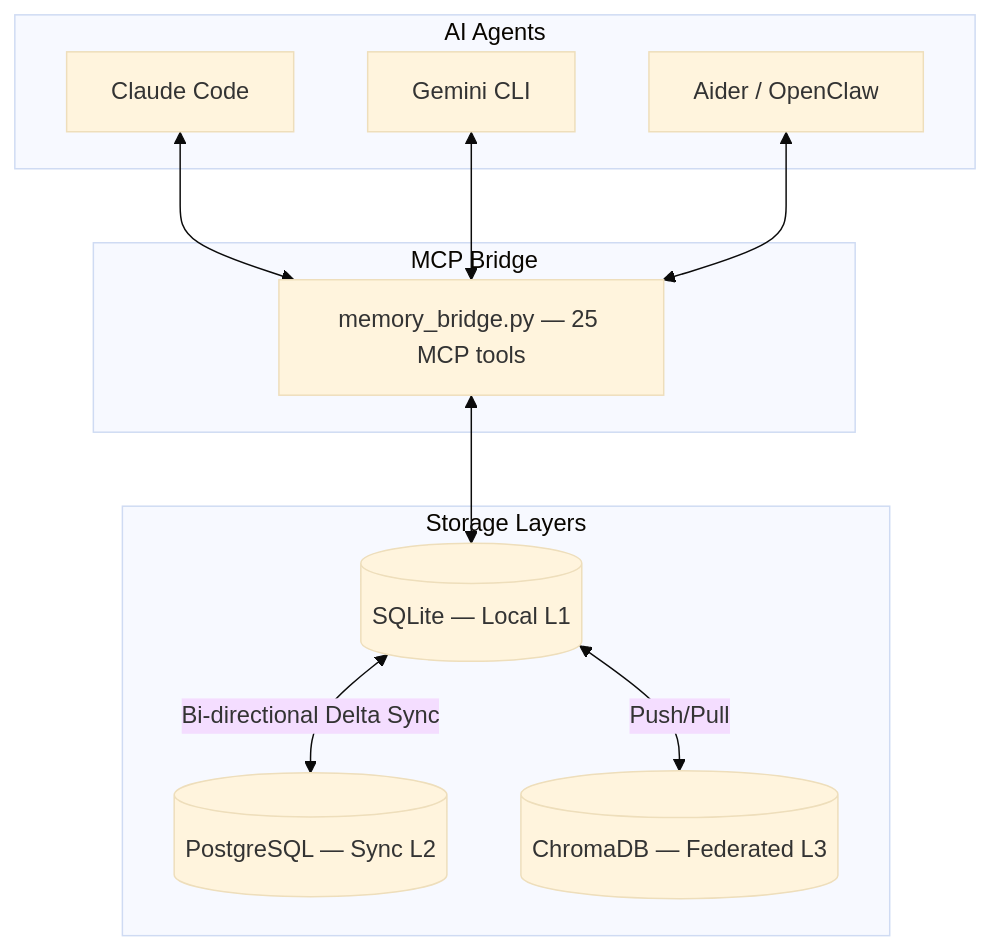
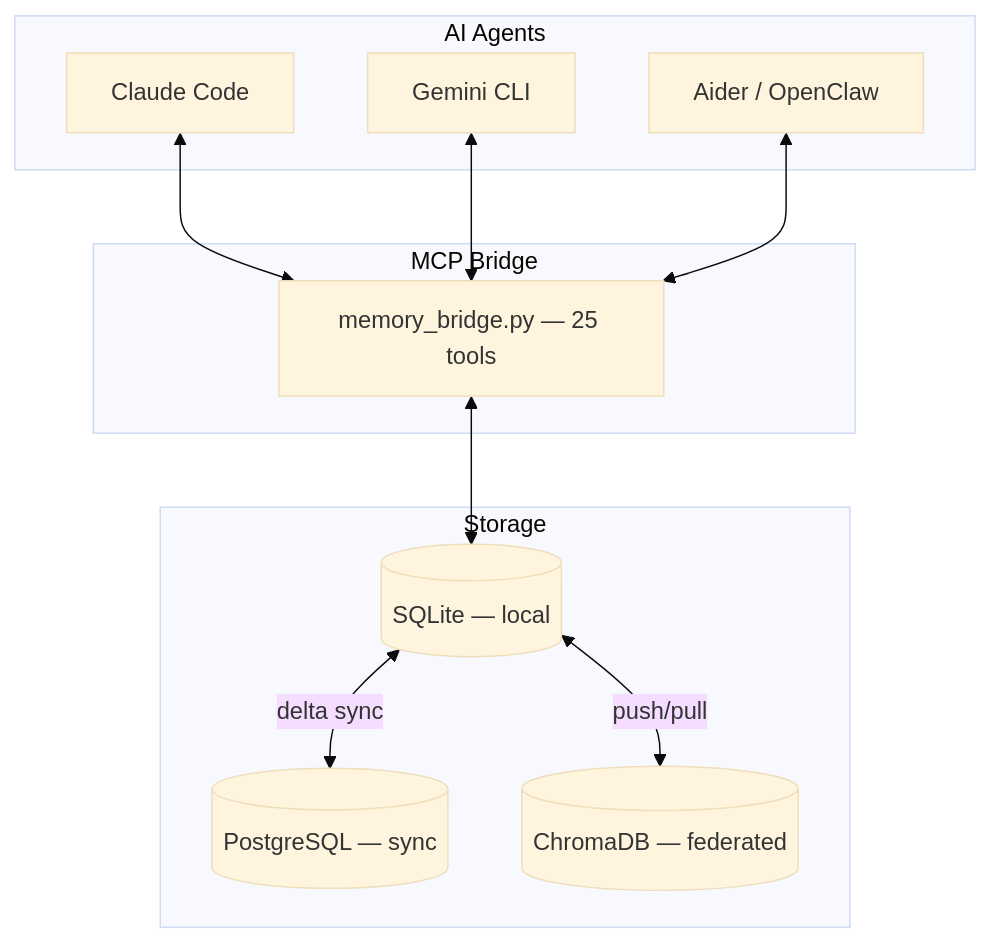
One commit to skynetcmd/m3-memory changed the first of 2 diagrams in README.md. Above: the diagram before and after it, drawn with Mermaid (base theme). The commit also changed other lines of this file and 20 other files, not shown here.

````diff
--- a/README.md
+++ b/README.md
@@ -233,23 +217,23 @@
 ```mermaid
 graph TD
     subgraph "AI Agents"
         C[Claude Code]
         G[Gemini CLI]
         A[Aider / OpenClaw]
     end
 
     subgraph "MCP Bridge"
-        MB[memory_bridge.py — 25 MCP tools]
+        MB[memory_bridge.py — 25 tools]
     end
 
-    subgraph "Storage Layers"
-        SQ[(SQLite — Local L1)]
-        PG[(PostgreSQL — Sync L2)]
-        CH[(ChromaDB — Federated L3)]
+    subgraph "Storage"
+        SQ[(SQLite — local)]
+        PG[(PostgreSQL — sync)]
+        CH[(ChromaDB — federated)]
     end
 
     C & G & A <--> MB
     MB <--> SQ
-    SQ <-->|Bi-directional Delta Sync| PG
-    SQ <-->|Push/Pull| CH
+    SQ <-->|delta sync| PG
+    SQ <-->|push/pull| CH
 ```
````
